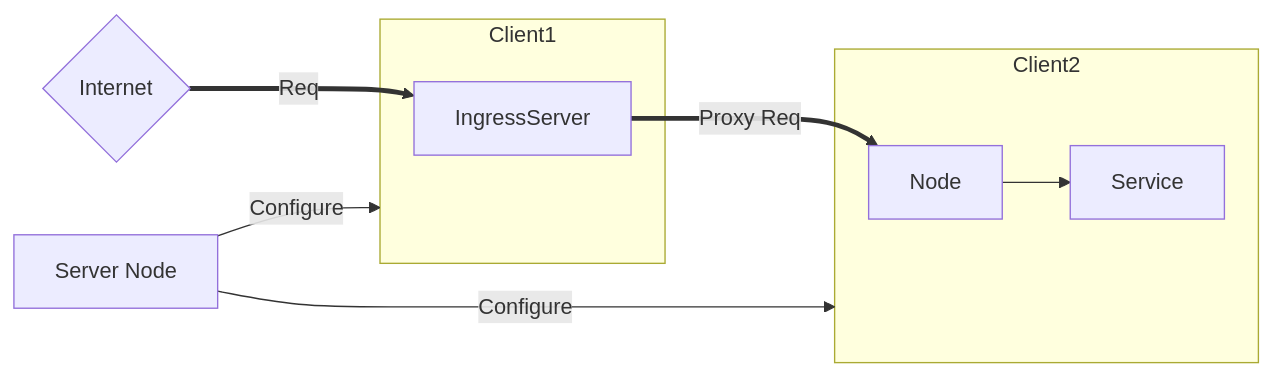
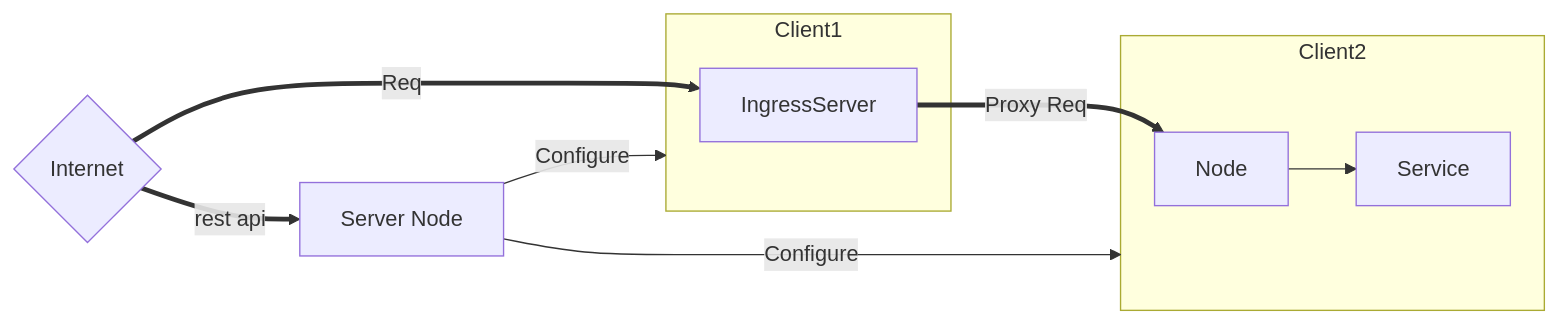
One commit to eyanshu1997/tunnlrX changed the diagram in workflow.md. Above: the diagram before and after it, drawn with Mermaid.

Commit message:
update workflow

````diff
--- a/workflow.md
+++ b/workflow.md
@@ -13,13 +13,14 @@
 ```mermaid
 flowchart LR
     A[Server Node] -->|Configure| Client1
     A[Server Node] -->|Configure| Client2
     D{Internet} ==> |Req| IngressServer
     IngressServer ==> |Proxy Req|Node
+    D ==>|rest api|A
     subgraph Client2
         Node --> Service
     end
     subgraph Client1
         IngressServer
     end
 ```
````
